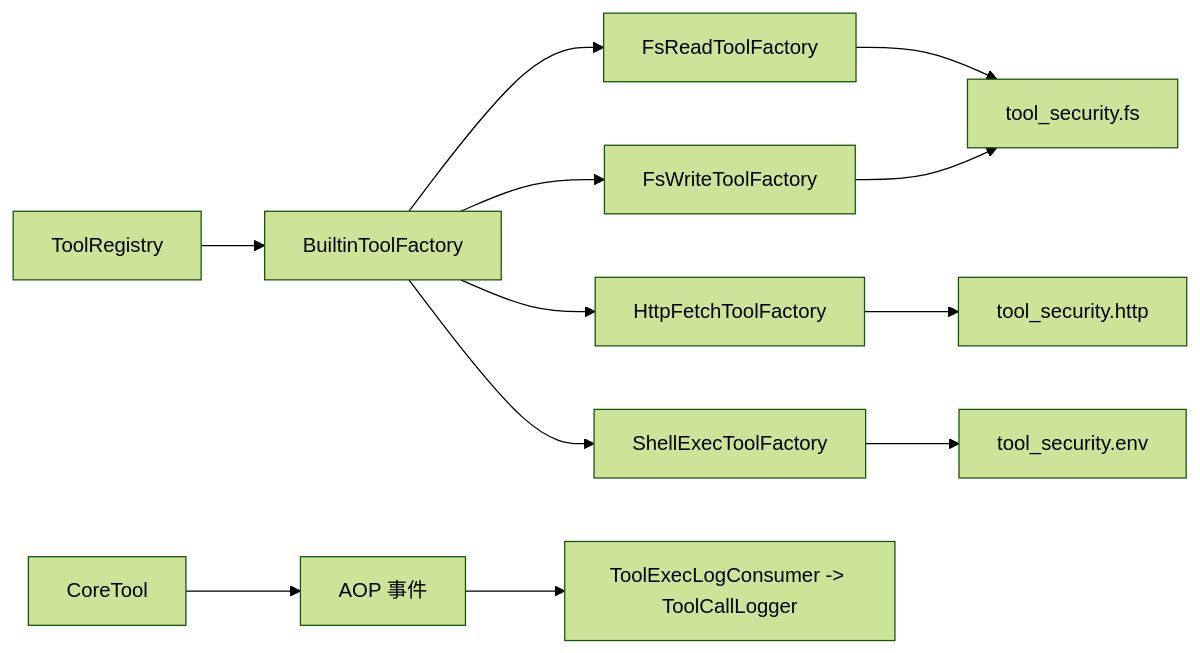
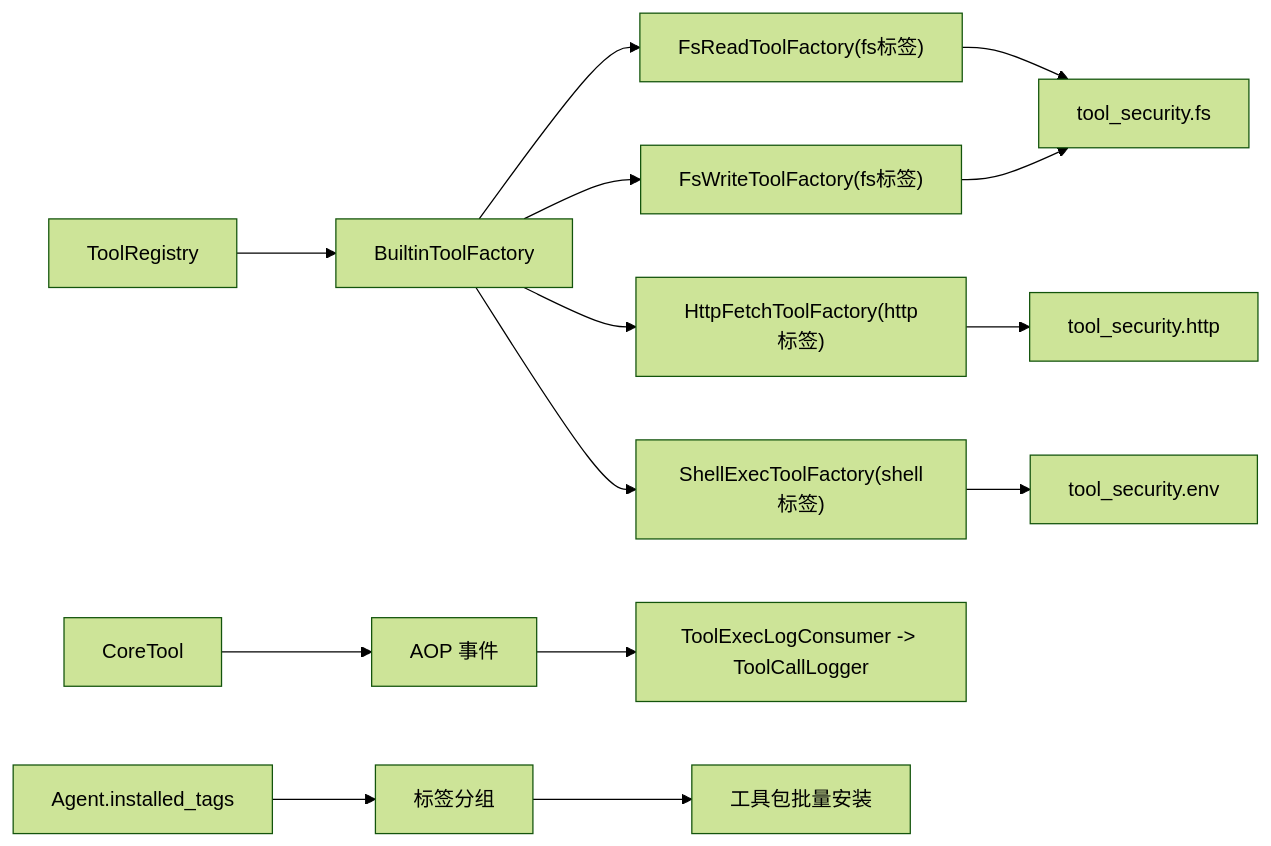
One commit to runningcoders/ai_orz changed the sixth of 6 diagrams in .qoder/repowiki/zh/content/核心模块/工具注册表/内置工具系统.md. Above: the diagram before and after it, drawn with Mermaid (forest theme). The commit also changed other lines of this file and 299 other files, not shown here.

````diff
--- a/.qoder/repowiki/zh/content/核心模块/工具注册表/内置工具系统.md
+++ b/.qoder/repowiki/zh/content/核心模块/工具注册表/内置工具系统.md
@@ -325,14 +386,16 @@
 ```mermaid
 graph LR
 TR["ToolRegistry"] --> BF["BuiltinToolFactory"]
-BF --> FR["FsReadToolFactory"]
-BF --> FW["FsWriteToolFactory"]
-BF --> HF["HttpFetchToolFactory"]
-BF --> SE["ShellExecToolFactory"]
+BF --> FR["FsReadToolFactory(fs标签)"]
+BF --> FW["FsWriteToolFactory(fs标签)"]
+BF --> HF["HttpFetchToolFactory(http标签)"]
+BF --> SE["ShellExecToolFactory(shell标签)"]
 FR --> SEC["tool_security.fs"]
 FW --> SEC
 HF --> SEC_NET["tool_security.http"]
 SE --> SEC_ENV["tool_security.env"]
 CORE["CoreTool"] --> AOP["AOP 事件"]
 AOP --> LOG["ToolExecLogConsumer -> ToolCallLogger"]
+AG["Agent.installed_tags"] --> TAGS["标签分组"]
+TAGS --> TOOLS["工具包批量安装"]
 ```
````
